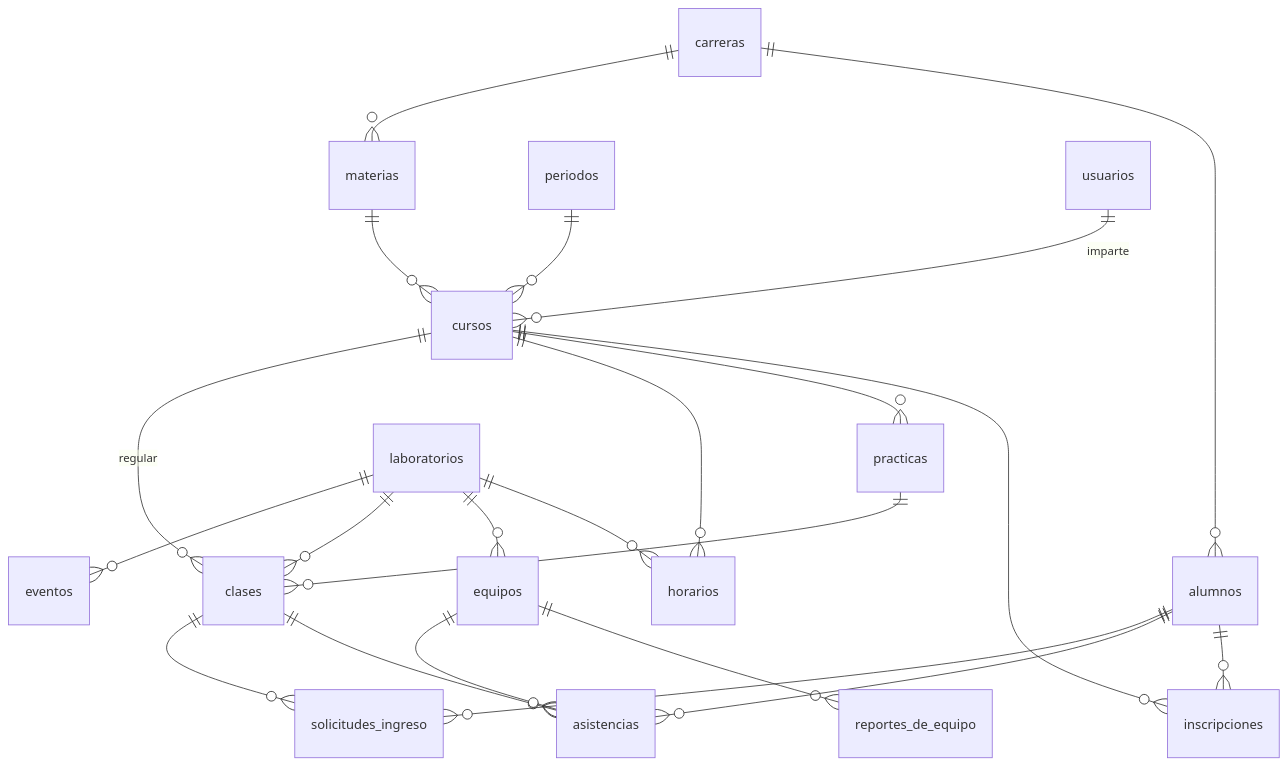
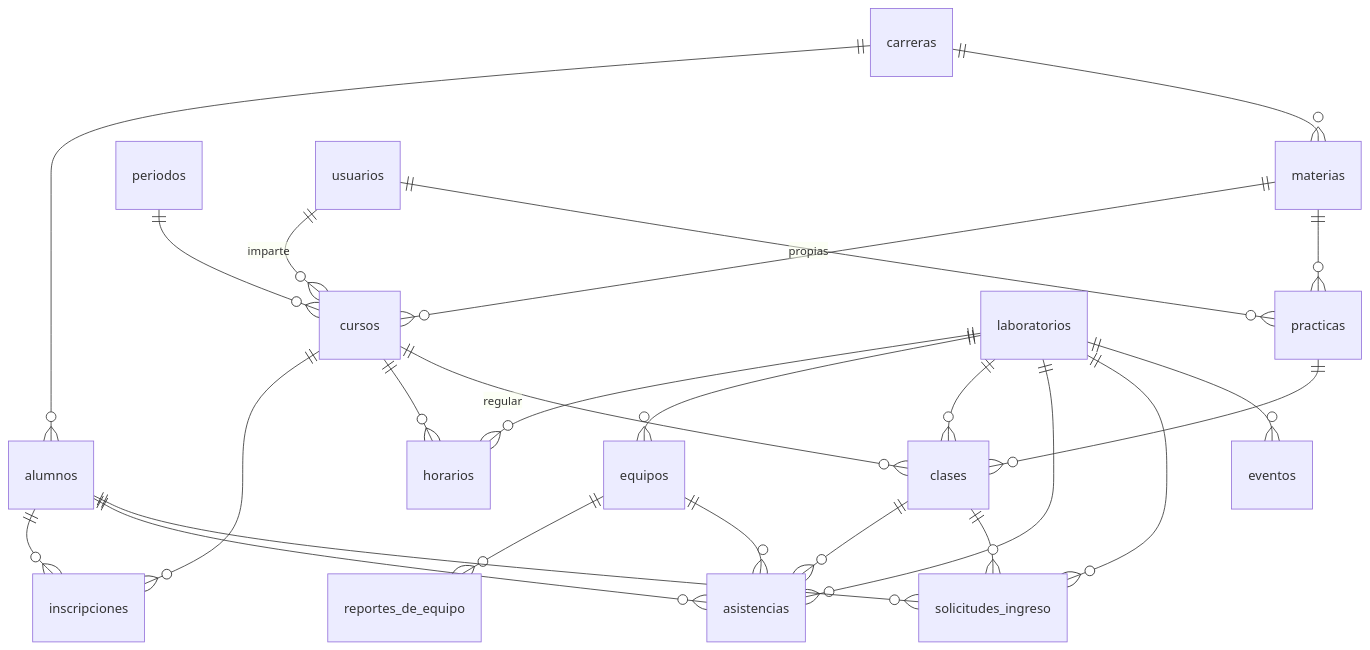
The diagram in docs/modelo-de-datos.md (wasabi1867/sistema_asistencias), drawn with Mermaid before and after one commit. The commit also changed other lines of this file and 3 other files, not shown here.

````diff
--- a/docs/modelo-de-datos.md
+++ b/docs/modelo-de-datos.md
@@ -9,24 +11,27 @@
 ```mermaid
 erDiagram
     carreras ||--o{ alumnos : ""
     carreras ||--o{ materias : ""
     materias ||--o{ cursos : ""
     periodos ||--o{ cursos : ""
     usuarios ||--o{ cursos : "imparte"
     cursos ||--o{ inscripciones : ""
     alumnos ||--o{ inscripciones : ""
-    cursos ||--o{ practicas : ""
+    materias ||--o{ practicas : ""
+    usuarios ||--o{ practicas : "propias"
     cursos ||--o{ horarios : ""
     laboratorios ||--o{ horarios : ""
     laboratorios ||--o{ equipos : ""
     equipos ||--o{ reportes_de_equipo : ""
     laboratorios ||--o{ clases : ""
     cursos ||--o{ clases : "regular"
     practicas ||--o{ clases : ""
+    laboratorios ||--o{ asistencias : ""
     clases ||--o{ asistencias : ""
     alumnos ||--o{ asistencias : ""
     equipos ||--o{ asistencias : ""
+    laboratorios ||--o{ solicitudes_ingreso : ""
     clases ||--o{ solicitudes_ingreso : ""
     alumnos ||--o{ solicitudes_ingreso : ""
     laboratorios ||--o{ eventos : ""
 ```
````
